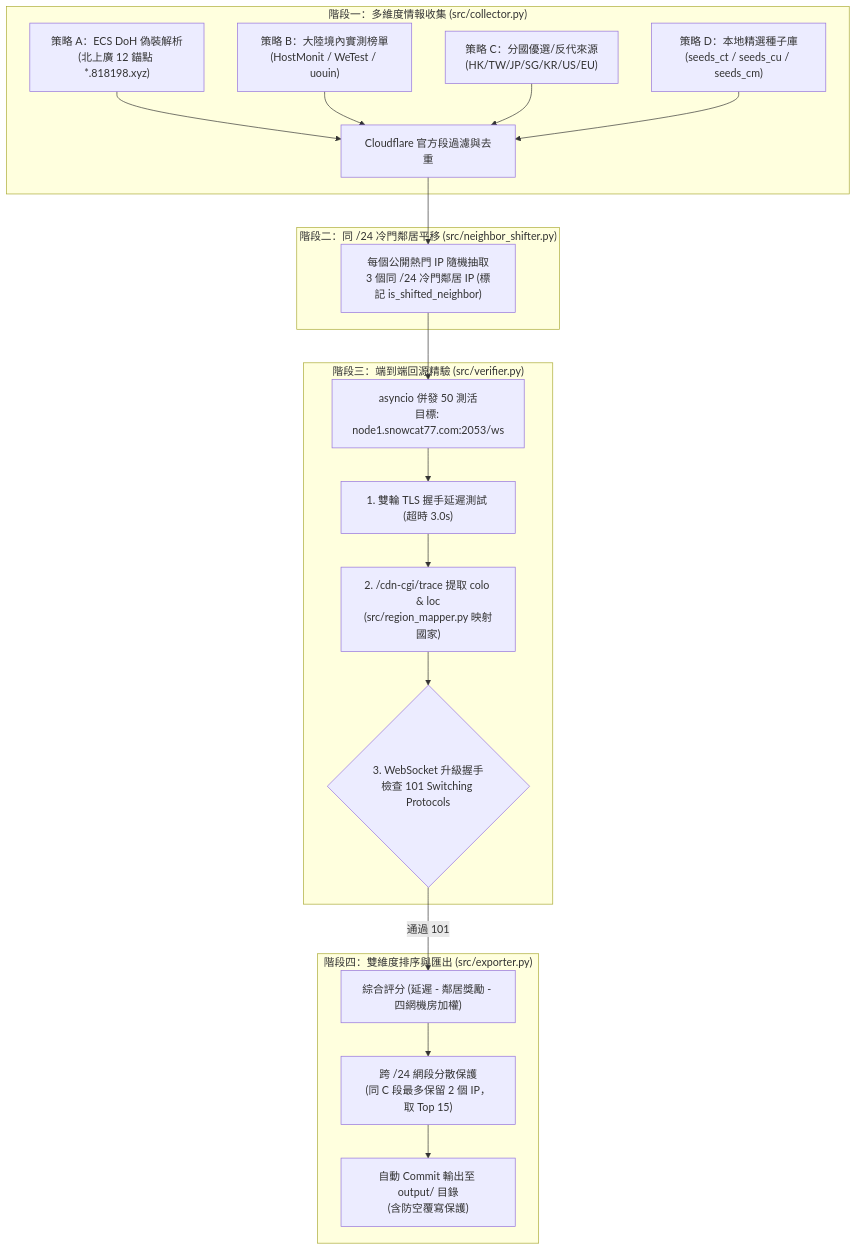
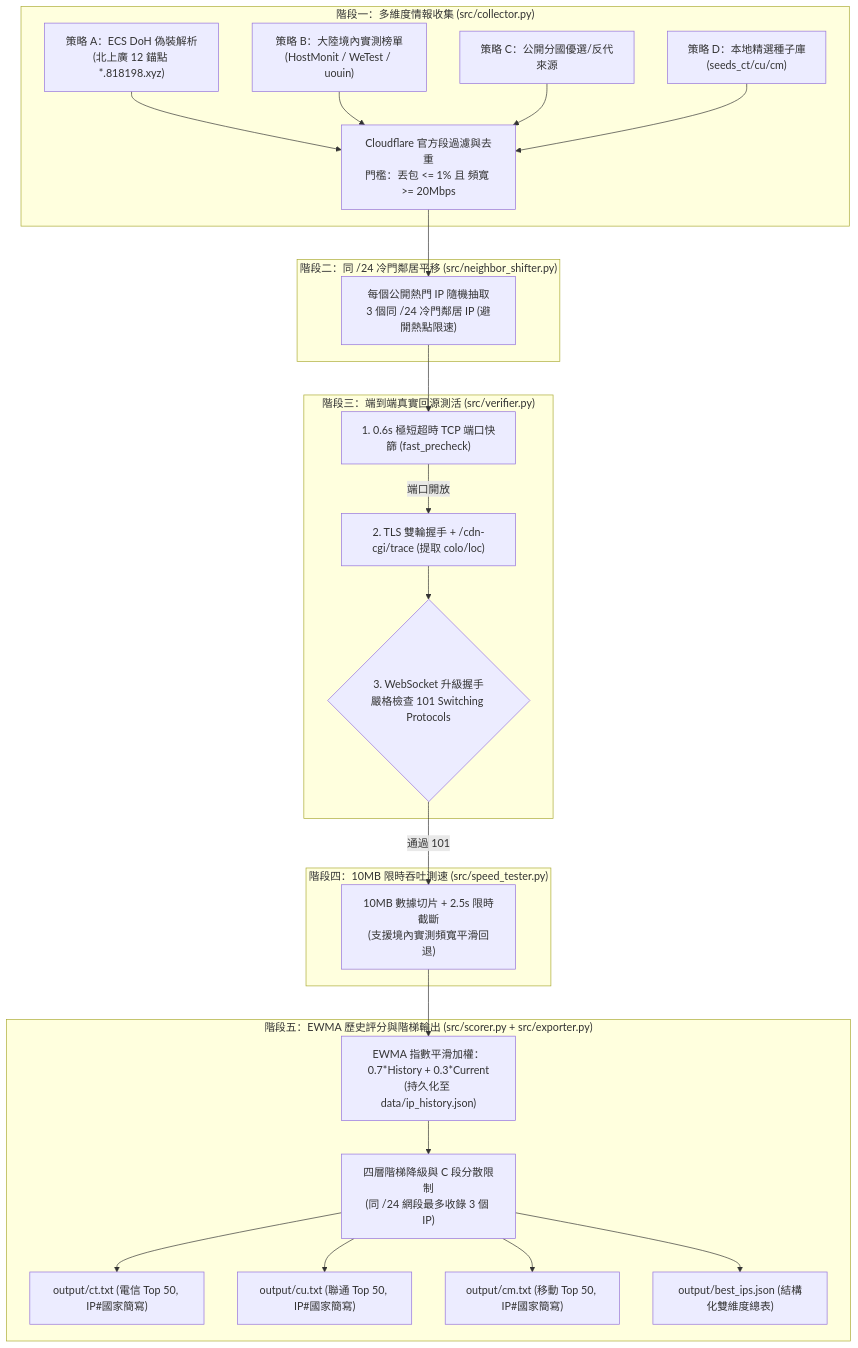
One commit to passerby7890/cfips changed the diagram in README.md. Above: the diagram before and after it, drawn with Mermaid. The commit also changed other lines of this file and 30 other files, not shown here.

Commit message:
feat: release v2.1.0 with simplified 3-carrier Top 50 outputs, fast precheck, speed tester and EWMA history

````diff
--- a/README.md
+++ b/README.md
@@ -13,27 +32,33 @@
 ```mermaid
 flowchart TD
     subgraph S1["階段一：多維度情報收集 (src/collector.py)"]
         A1["策略 A：ECS DoH 偽裝解析<br/>(北上廣 12 錨點 *.818198.xyz)"]
         A2["策略 B：大陸境內實測榜單<br/>(HostMonit / WeTest / uouin)"]
-        A3["策略 C：分國優選/反代來源<br/>(HK/TW/JP/SG/KR/US/EU)"]
-        A4["策略 D：本地精選種子庫<br/>(seeds_ct / seeds_cu / seeds_cm)"]
-        A1 & A2 & A3 & A4 --> CF["Cloudflare 官方段過濾與去重"]
+        A3["策略 C：公開分國優選/反代來源"]
+        A4["策略 D：本地精選種子庫<br/>(seeds_ct/cu/cm)"]
+        A1 & A2 & A3 & A4 --> CF["Cloudflare 官方段過濾與去重<br/>門檻：丟包 <= 1% 且 頻寬 >= 20Mbps"]
     end
 
     subgraph S2["階段二：同 /24 冷門鄰居平移 (src/neighbor_shifter.py)"]
-        CF --> SHIFT["每個公開熱門 IP 隨機抽取<br/>3 個同 /24 冷門鄰居 IP (標記 is_shifted_neighbor)"]
+        CF --> SHIFT["每個公開熱門 IP 隨機抽取<br/>3 個同 /24 冷門鄰居 IP (避開熱點限速)"]
     end
 
-    subgraph S3["階段三：端到端回源精驗 (src/verifier.py)"]
-        SHIFT --> V["asyncio 併發 50 測活<br/>目標: node1.snowcat77.com:2053/ws"]
-        V --> C1["1. 雙輪 TLS 握手延遲測試 (超時 3.0s)"]
-        C1 --> C2["2. /cdn-cgi/trace 提取 colo & loc<br/>(src/region_mapper.py 映射國家)"]
-        C2 --> C3{"3. WebSocket 升級握手<br/>檢查 101 Switching Protocols"}
+    subgraph S3["階段三：端到端真實回源測活 (src/verifier.py)"]
+        SHIFT --> TCP["1. 0.6s 極短超時 TCP 端口快篩 (fast_precheck)"]
+        TCP -->|端口開放| V["2. TLS 雙輪握手 + /cdn-cgi/trace (提取 colo/loc)"]
+        V --> WS{"3. WebSocket 升級握手<br/>嚴格檢查 101 Switching Protocols"}
     end
 
-    subgraph S4["階段四：雙維度排序與匯出 (src/exporter.py)"]
-        C3 -->|通過 101| SCORE["綜合評分 (延遲 - 鄰居獎勵 - 四網機房加權)"]
-        SCORE --> DIVERSE["跨 /24 網段分散保護<br/>(同 C 段最多保留 2 個 IP，取 Top 15)"]
-        DIVERSE --> OUT["自動 Commit 輸出至 output/ 目錄<br/>(含防空覆寫保護)"]
+    subgraph S4["階段四：10MB 限時吞吐測速 (src/speed_tester.py)"]
+        WS -->|通過 101| SPEED["10MB 數據切片 + 2.5s 限時截斷<br/>(支援境內實測頻寬平滑回退)"]
+    end
+
+    subgraph S5["階段五：EWMA 歷史評分與階梯輸出 (src/scorer.py + src/exporter.py)"]
+        SPEED --> EWMA["EWMA 指數平滑加權：<br/>0.7*History + 0.3*Current<br/>(持久化至 data/ip_history.json)"]
+        EWMA --> DEGRADE["四層階梯降級與 C 段分散限制<br/>(同 /24 網段最多收錄 3 個 IP)"]
+        DEGRADE --> OUT1["output/ct.txt (電信 Top 50, IP#國家簡寫)"]
+        DEGRADE --> OUT2["output/cu.txt (聯通 Top 50, IP#國家簡寫)"]
+        DEGRADE --> OUT3["output/cm.txt (移動 Top 50, IP#國家簡寫)"]
+        DEGRADE --> OUT4["output/best_ips.json (結構化雙維度總表)"]
     end
 ```
````
